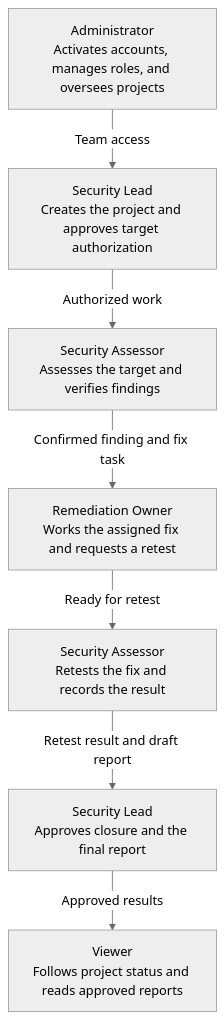
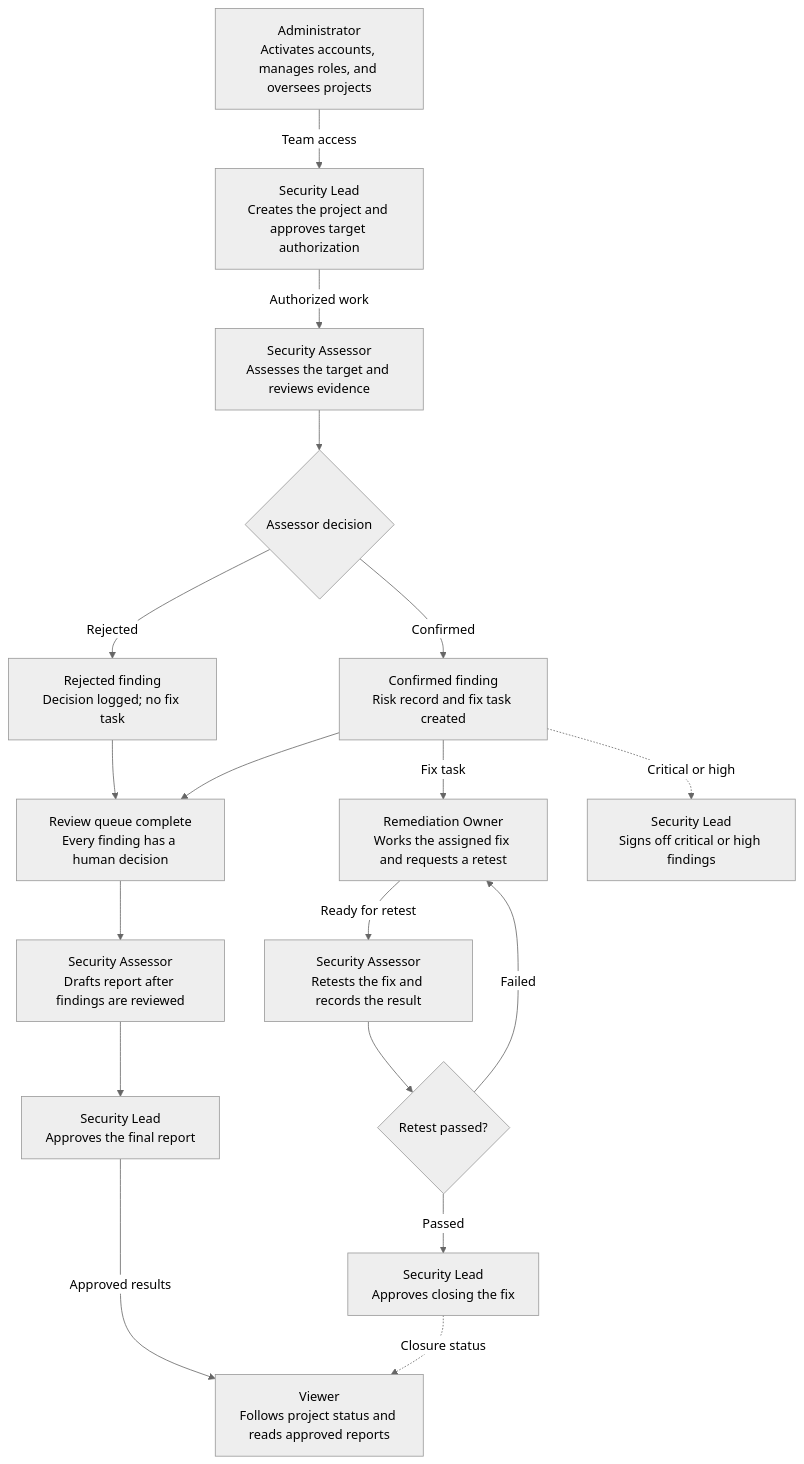
Before and after one commit to Feliciety02/AIVERA-pro: the diagram in README.md, drawn with Mermaid (neutral theme). The commit also changed other lines of this file and 3 other files, not shown here.

````diff
--- a/README.md
+++ b/README.md
@@ -254,16 +263,35 @@
 ```mermaid
 flowchart TD
     A["Administrator<br/>Activates accounts, manages roles, and oversees projects"]
     L1["Security Lead<br/>Creates the project and approves target authorization"]
-    S1["Security Assessor<br/>Assesses the target and verifies findings"]
+    S1["Security Assessor<br/>Assesses the target and reviews evidence"]
+    D{"Assessor decision"}
+    X["Rejected finding<br/>Decision logged; no fix task"]
+    C["Confirmed finding<br/>Risk record and fix task created"]
+    Q["Review queue complete<br/>Every finding has a human decision"]
+    H["Security Lead<br/>Signs off critical or high findings"]
     R["Remediation Owner<br/>Works the assigned fix and requests a retest"]
     S2["Security Assessor<br/>Retests the fix and records the result"]
-    L2["Security Lead<br/>Approves closure and the final report"]
+    P{"Retest passed?"}
+    L2["Security Lead<br/>Approves closing the fix"]
+    RP["Security Assessor<br/>Drafts report after findings are reviewed"]
+    L3["Security Lead<br/>Approves the final report"]
     V["Viewer<br/>Follows project status and reads approved reports"]
     A -->|Team access| L1
     L1 -->|Authorized work| S1
-    S1 -->|Confirmed finding and fix task| R
+    S1 --> D
+    D -->|Rejected| X
+    D -->|Confirmed| C
+    X --> Q
+    C --> Q
+    C -->|Fix task| R
+    C -.->|Critical or high| H
     R -->|Ready for retest| S2
-    S2 -->|Retest result and draft report| L2
-    L2 -->|Approved results| V
+    S2 --> P
+    P -->|Failed| R
+    P -->|Passed| L2
+    Q --> RP
+    RP --> L3
+    L2 -.->|Closure status| V
+    L3 -->|Approved results| V
 ```
````
